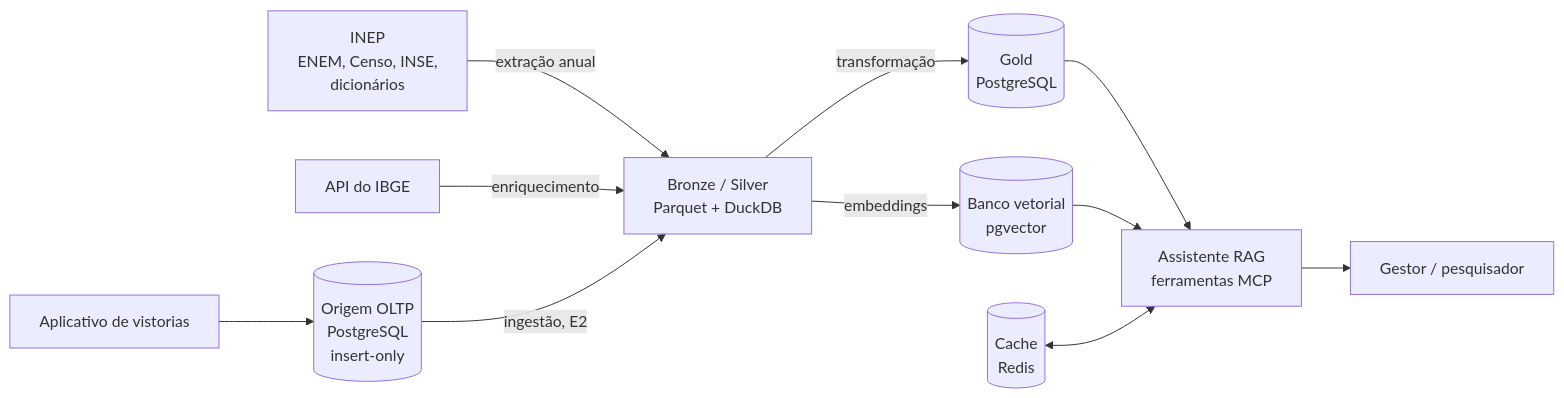
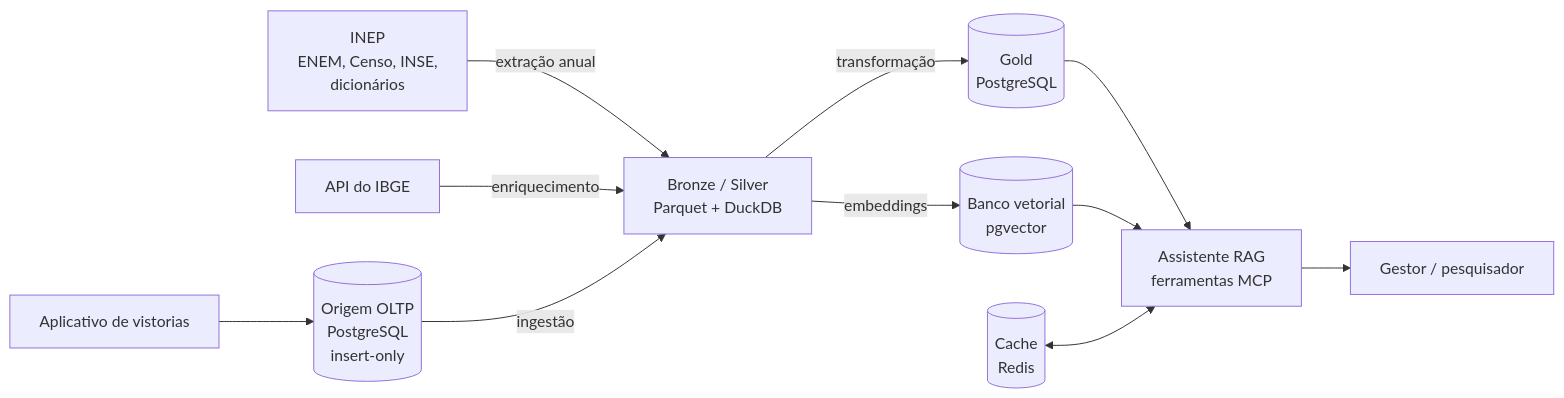
Before and after one commit to daviegito/bd2_2026_2_eduinfra: the first of 2 diagrams in docs/index.md, drawn with Mermaid. The commit also changed other lines of this file and 3 other files, not shown here.

````diff
--- a/docs/index.md
+++ b/docs/index.md
@@ -24,13 +35,13 @@
 ```mermaid
 flowchart LR
     INEP["INEP<br/>ENEM, Censo, INSE,<br/>dicionários"] -->|extração anual| LAKE["Bronze / Silver<br/>Parquet + DuckDB"]
     IBGE["API do IBGE"] -->|enriquecimento| LAKE
     APP["Aplicativo de vistorias"] --> OLTP[("Origem OLTP<br/>PostgreSQL<br/>insert-only")]
-    OLTP -->|ingestão, E2| LAKE
+    OLTP -->|ingestão| LAKE
     LAKE -->|transformação| GOLD[("Gold<br/>PostgreSQL")]
     LAKE -->|embeddings| VET[("Banco vetorial<br/>pgvector")]
     GOLD --> AGENTE["Assistente RAG<br/>ferramentas MCP"]
     VET --> AGENTE
     CACHE[("Cache<br/>Redis")] <--> AGENTE
     AGENTE --> USER["Gestor / pesquisador"]
 ```
````
